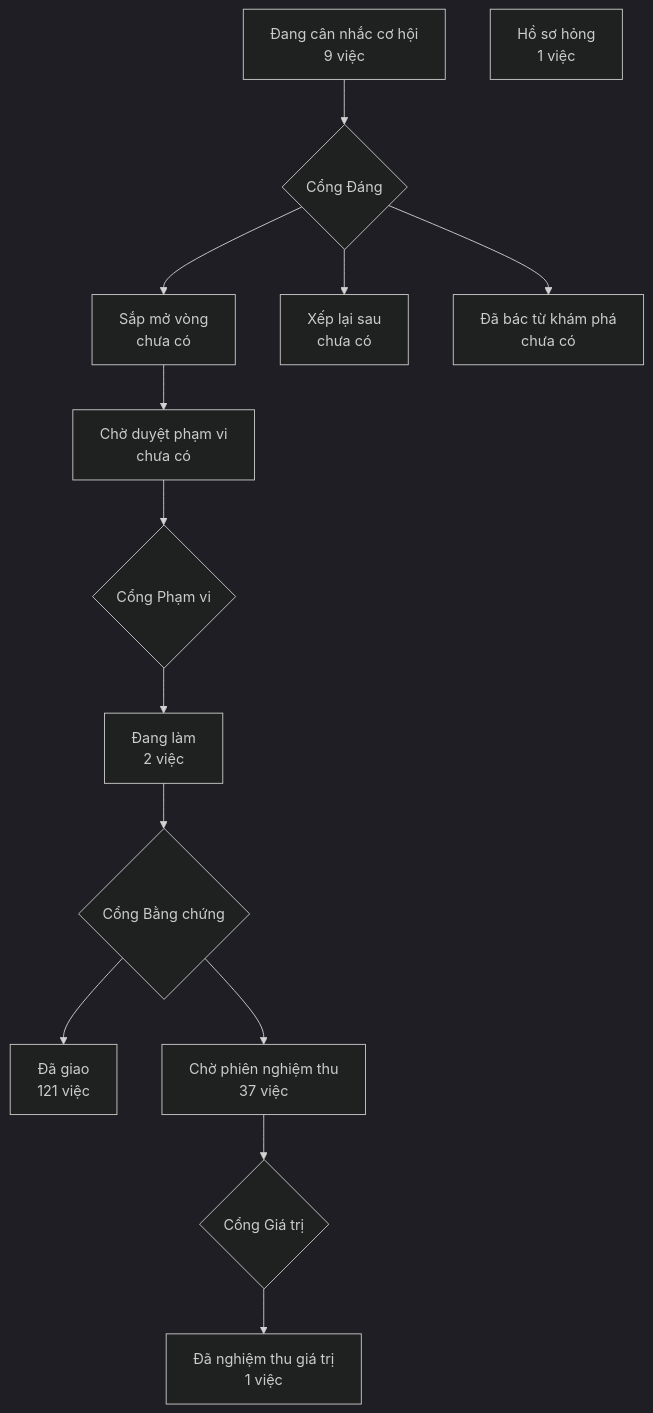
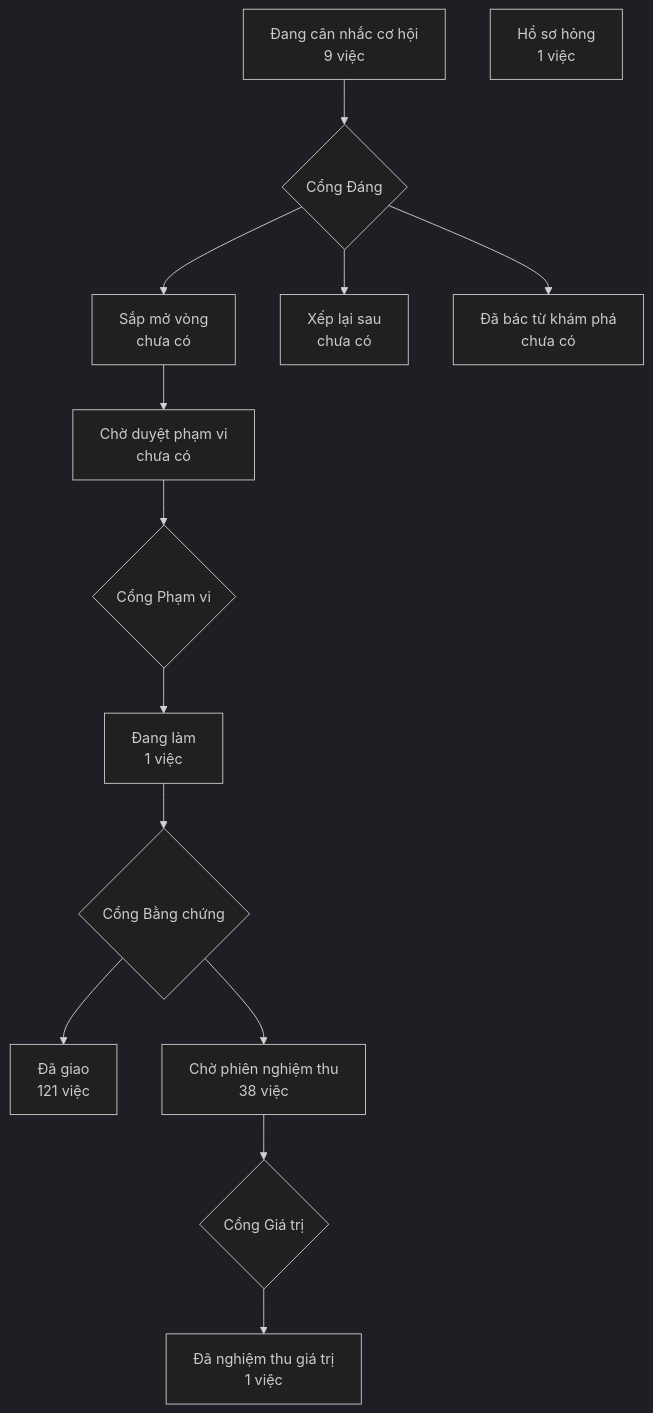
Before and after one commit to phanlemanh/crm-onehub: the diagram in PRODUCT-MAP.md, drawn with Mermaid (dark theme). The commit also changed 7 other files, not shown here.

````diff
--- a/PRODUCT-MAP.md
+++ b/PRODUCT-MAP.md
@@ -7,13 +7,13 @@
 ```mermaid
 flowchart TD
   A["Đang cân nhắc cơ hội<br/>9 việc"] --> GD{"Cổng Đáng"}
   GD --> B["Sắp mở vòng<br/>chưa có"]
   GD --> XL["Xếp lại sau<br/>chưa có"]
   GD --> DB["Đã bác từ khám phá<br/>chưa có"]
   B --> CD["Chờ duyệt phạm vi<br/>chưa có"] --> GP{"Cổng Phạm vi"}
-  GP --> DL["Đang làm<br/>2 việc"] --> GB{"Cổng Bằng chứng"}
+  GP --> DL["Đang làm<br/>1 việc"] --> GB{"Cổng Bằng chứng"}
   GB --> DG["Đã giao<br/>121 việc"]
-  GB --> CN["Chờ phiên nghiệm thu<br/>37 việc"] --> GG{"Cổng Giá trị"}
+  GB --> CN["Chờ phiên nghiệm thu<br/>38 việc"] --> GG{"Cổng Giá trị"}
   GG --> NT["Đã nghiệm thu giá trị<br/>1 việc"]
   HS["Hồ sơ hỏng<br/>1 việc"]
 ```
````
